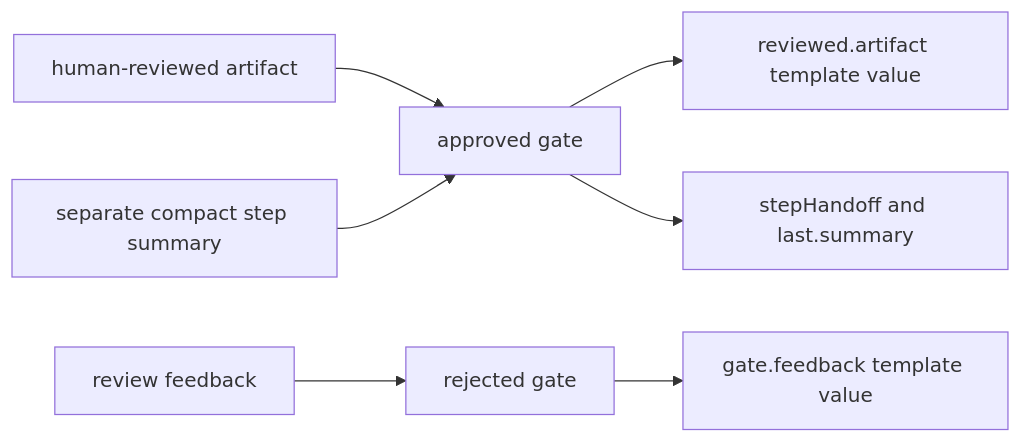
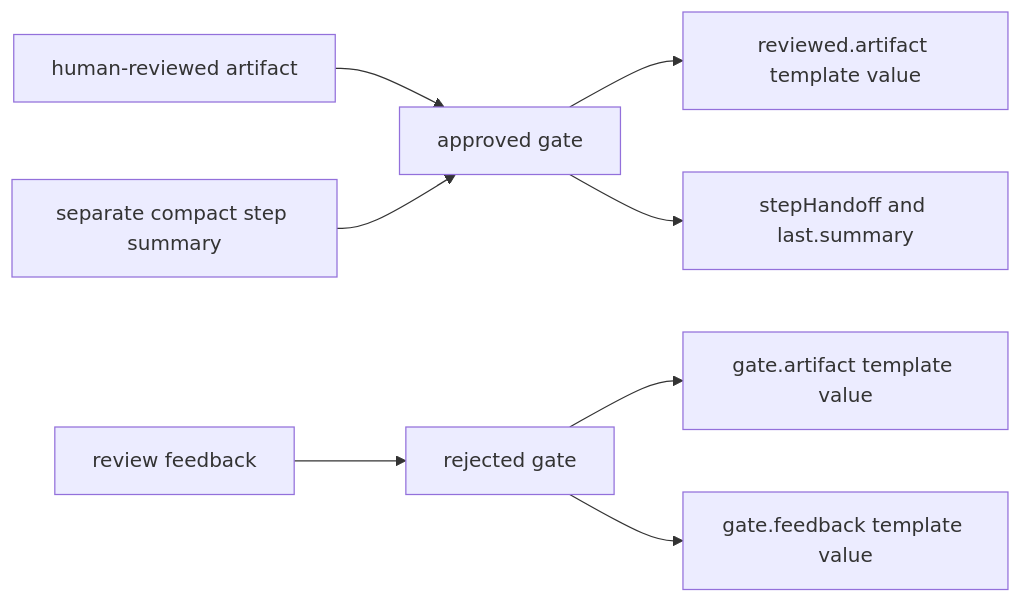
One commit to wichayutdew/pi-workflows changed the sixth of 6 diagrams in openwiki/integrations/plannotator.md. Above: the diagram before and after it, drawn with Mermaid. The commit also changed other lines of this file and 42 other files, not shown here.

````diff
--- a/openwiki/integrations/plannotator.md
+++ b/openwiki/integrations/plannotator.md
@@ -106,9 +106,10 @@
 ```mermaid
 flowchart LR
   ReviewedArtifact[human-reviewed artifact] --> Approved[approved gate]
   Approved --> ReviewedState[reviewed.artifact template value]
   StepSummary[separate compact step summary] --> Approved
   Approved --> LastSummary[stepHandoff and last.summary]
   ReviewerFeedback[review feedback] --> Rejected[rejected gate]
+  Rejected --> GateArtifact[gate.artifact template value]
   Rejected --> GateFeedback[gate.feedback template value]
 ```
````
